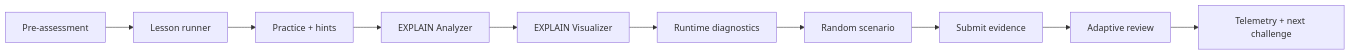
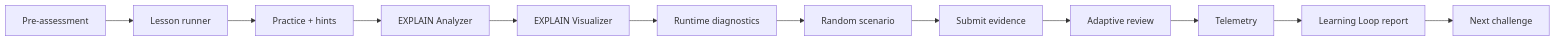
Before and after one commit to PaulKov/de-mentor: the diagram in docs/lessons/01-greenplum/academy-loop.md, drawn with Mermaid. The commit also changed other lines of this file and 13 other files, not shown here.

Commit message:
Add Greenplum learning loop report

````diff
--- a/docs/lessons/01-greenplum/academy-loop.md
+++ b/docs/lessons/01-greenplum/academy-loop.md
@@ -7,12 +7,14 @@
 ```mermaid
 flowchart LR
     A["Pre-assessment"] --> B["Lesson runner"]
     B --> C["Practice + hints"]
     C --> D["EXPLAIN Analyzer"]
     D --> E["EXPLAIN Visualizer"]
     E --> F["Runtime diagnostics"]
     F --> G["Random scenario"]
     G --> H["Submit evidence"]
     H --> I["Adaptive review"]
-    I --> J["Telemetry + next challenge"]
+    I --> J["Telemetry"]
+    J --> K["Learning Loop report"]
+    K --> L["Next challenge"]
 ```
````
